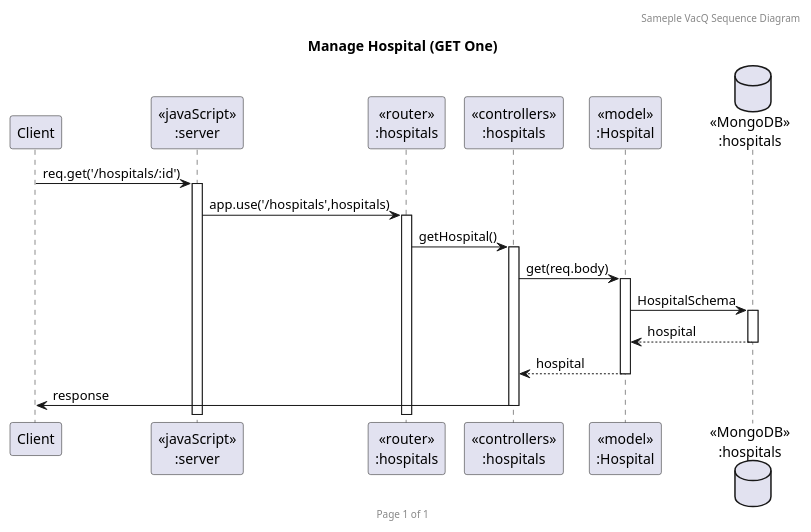
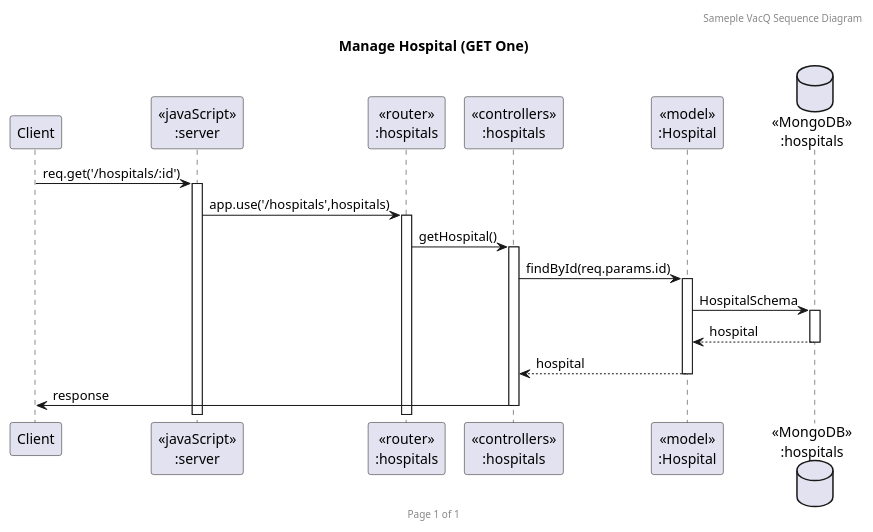
Before and after one commit to 2110503TACEDT66/presentation-day-1-samsaomidnight: the diagram in PlantUml/getone.puml, drawn with PlantUML. The commit also changed 3 other files, not shown here.

Commit message:
plantuml change controller

```diff
--- a/PlantUml/getone.puml
+++ b/PlantUml/getone.puml
@@ -1,23 +1,23 @@
 @startuml Manage Hospital (GET One)
 
 header Sameple VacQ Sequence Diagram
 footer Page %page% of %lastpage%
 title "Manage Hospital (GET One)"
 
 participant "Client" as client
 participant "<<javaScript>>\n:server" as server
 participant "<<router>>\n:hospitals" as routerHospitals
 participant "<<controllers>>\n:hospitals" as controllersHospitals
 participant "<<model>>\n:Hospital" as modelHospital
 database "<<MongoDB>>\n:hospitals" as HospitalsDatabase
 
 client->server ++:req.get('/hospitals/:id')
 server->routerHospitals ++:app.use('/hospitals',hospitals)
 routerHospitals -> controllersHospitals ++:getHospital()
-controllersHospitals->modelHospital ++:get(req.body)
+controllersHospitals->modelHospital ++:findById(req.params.id)
 modelHospital ->HospitalsDatabase ++: HospitalSchema
 HospitalsDatabase --> modelHospital --: hospital
 controllersHospitals <-- modelHospital --:hospital
 controllersHospitals->client --:response
 
 @enduml
```
